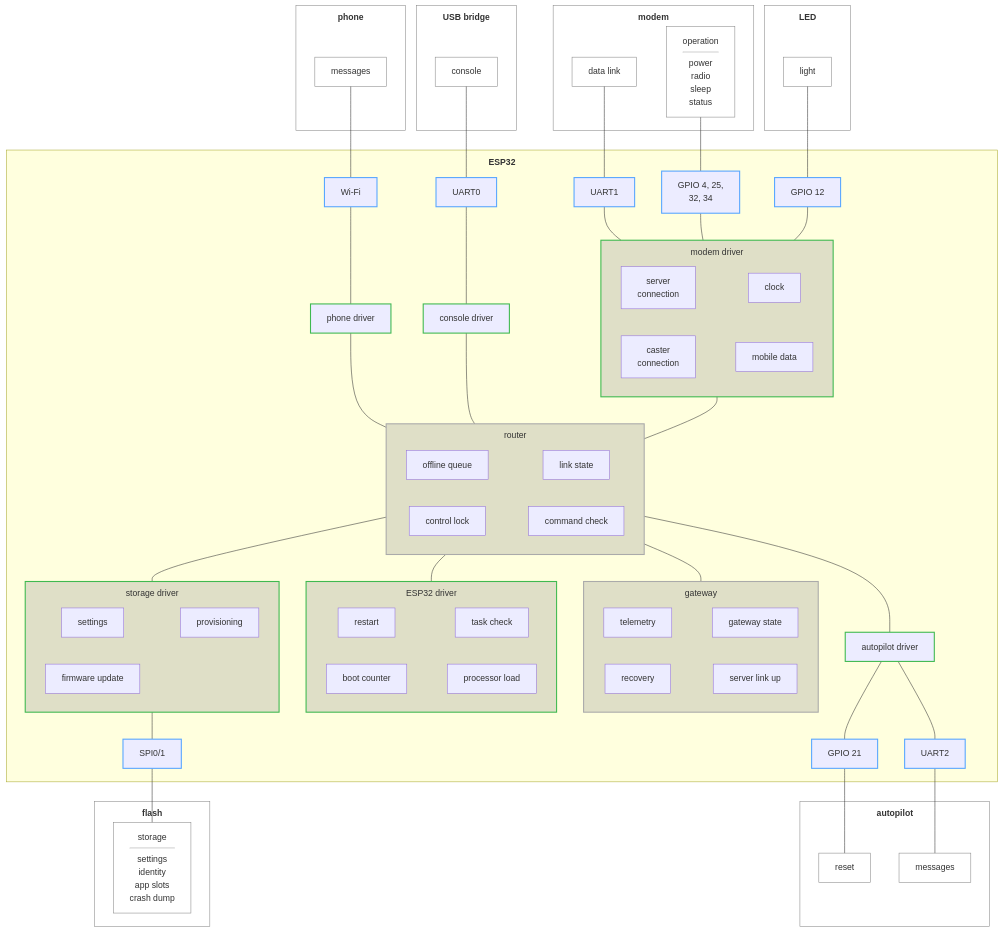
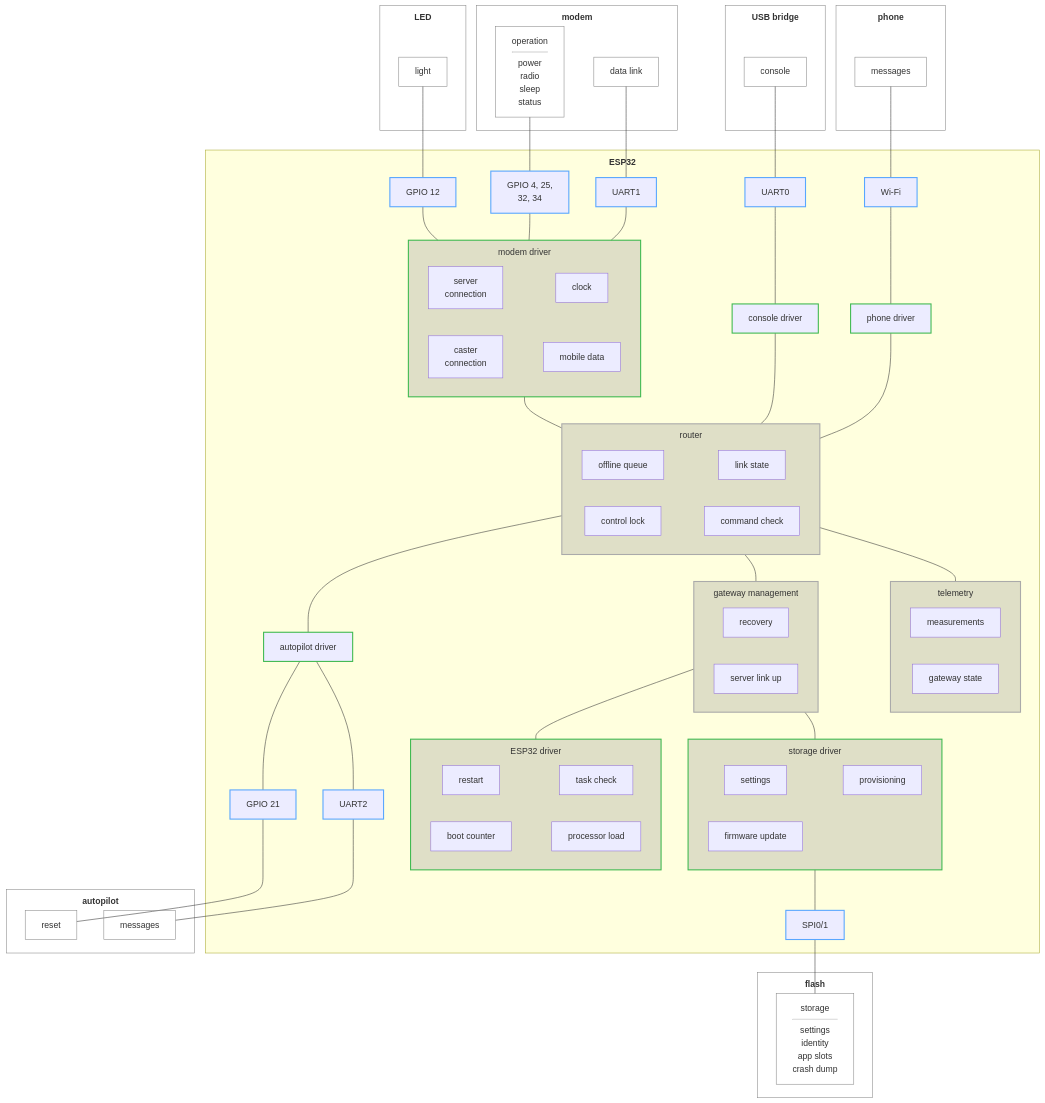
The diagram in .esp-architecture/diagrams/block-draft.md (rmx-lt/rmx-mower-gateway), drawn with Mermaid before and after one commit.

Commit message:
Draft: telemetry and gateway management under the router, drivers below management

```diff
--- a/.esp-architecture/diagrams/block-draft.md
+++ b/.esp-architecture/diagrams/block-draft.md
@@ -49,13 +49,13 @@
       q ~~~ ls
       lock ~~~ chk
     end
-    subgraph gw["gateway"]
-      tel["telemetry"]
+    subgraph tel["telemetry"]
+      meas["measurements"]
       state["gateway state"]
+    end
+    subgraph mgmt["gateway management"]
       rec["recovery"]
       up["server link up"]
-      tel ~~~ state
-      rec ~~~ up
     end
     subgraph esp["ESP32 driver"]
       rst["restart"]
@@ -92,9 +92,10 @@
   phd --- msg
   con --- msg
   conn --- msg
-  msg --- gw
-  msg --- fs
-  msg --- esp
+  msg --- tel
+  msg --- mgmt
+  mgmt --- fs
+  mgmt --- esp
   msg --- bl
   fs --- sp --- fparts
   bl --- u2 --- amsg
@@ -104,7 +105,7 @@
   classDef driver stroke:#3fb950,stroke-width:2px
   class con,phd,bl driver
   classDef owner fill:#8884,stroke:#aaa,stroke-width:2px
-  class msg,gw owner
+  class msg,tel,mgmt owner
   classDef ownerdriver fill:#8884,stroke:#3fb950,stroke-width:2px
   class conn,fs,esp ownerdriver
   classDef pad fill:none,stroke:none
```
